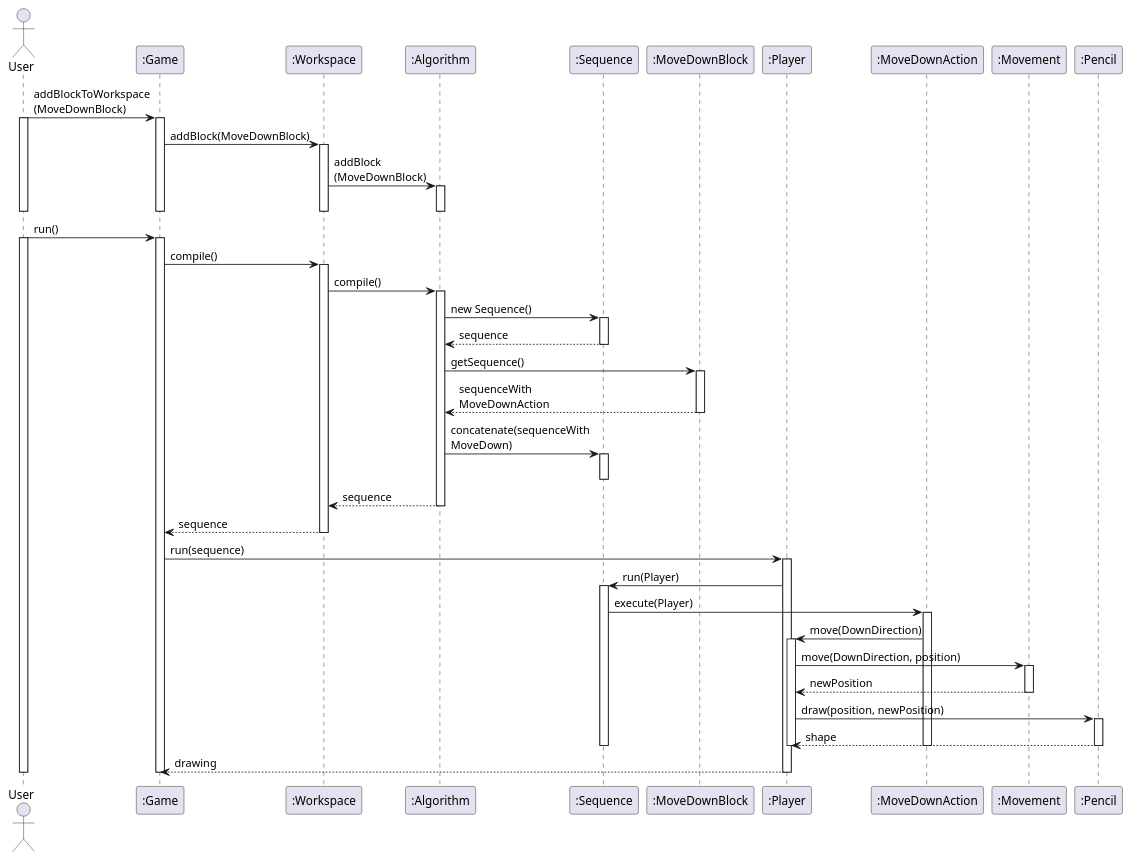
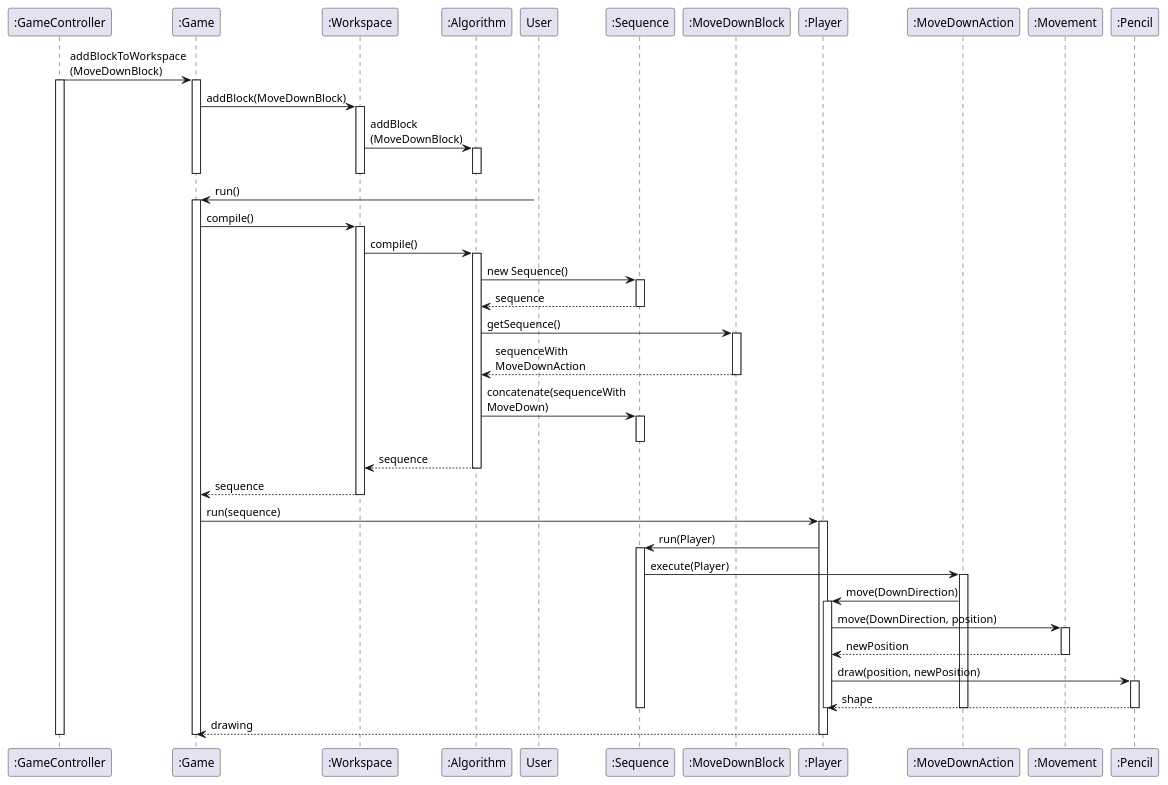
The diagram in docs/diagrams/sequence/move_down_from_blocks.plantuml (mati1297/tp2_algoblocks), drawn with PlantUML before and after one commit. The commit also changed 2 other files, not shown here.

Commit message:
Modified sequence diagrams

```diff
--- a/docs/diagrams/sequence/move_down_from_blocks.plantuml
+++ b/docs/diagrams/sequence/move_down_from_blocks.plantuml
@@ -1,57 +1,57 @@
 @startuml move_down_from_blocks
 
-Actor User
-User -> ":Game": addBlockToWorkspace\n(MoveDownBlock)
-activate User
+
+":GameController" -> ":Game": addBlockToWorkspace\n(MoveDownBlock)
+activate ":GameController"
 activate ":Game"
 ":Game" -> ":Workspace": addBlock(MoveDownBlock)
 activate ":Workspace"
 ":Workspace" -> ":Algorithm": addBlock\n(MoveDownBlock)
 activate ":Algorithm"
 deactivate ":Algorithm"
 deactivate ":Workspace"
 deactivate ":Game"
 deactivate User
 
 User -> ":Game": run()
 activate User
 activate ":Game"
 ":Game" -> ":Workspace": compile()
 activate ":Workspace"
 ":Workspace" -> ":Algorithm": compile()
 activate ":Algorithm"
 ":Algorithm" -> ":Sequence": new Sequence()
 activate ":Sequence"
 return sequence
 ":Algorithm" -> ":MoveDownBlock": getSequence()
 activate ":MoveDownBlock"
 return sequenceWith\nMoveDownAction
 ":Algorithm" -> ":Sequence": concatenate(sequenceWith\nMoveDown)
 activate ":Sequence"
 deactivate ":Sequence"
 return sequence
 return sequence
 
 
 ":Game" -> ":Player": run(sequence)
 activate ":Player"
 ":Player" -> ":Sequence": run(Player)
 activate ":Sequence"
 ":Sequence" -> ":MoveDownAction": execute(Player)
 activate ":MoveDownAction"
 ":MoveDownAction" -> ":Player": move(DownDirection)
 activate ":Player"
 ":Player" -> ":Movement": move(DownDirection, position)
 activate ":Movement"
 return newPosition
 ":Player" -> ":Pencil": draw(position, newPosition)
 activate ":Pencil"
 return shape
 deactivate ":Player"
 deactivate ":MoveDownAction"
 deactivate ":Sequence"
 return drawing
 deactivate ":Game"
-deactivate User
+deactivate ":GameController"
 
 @enduml
```
